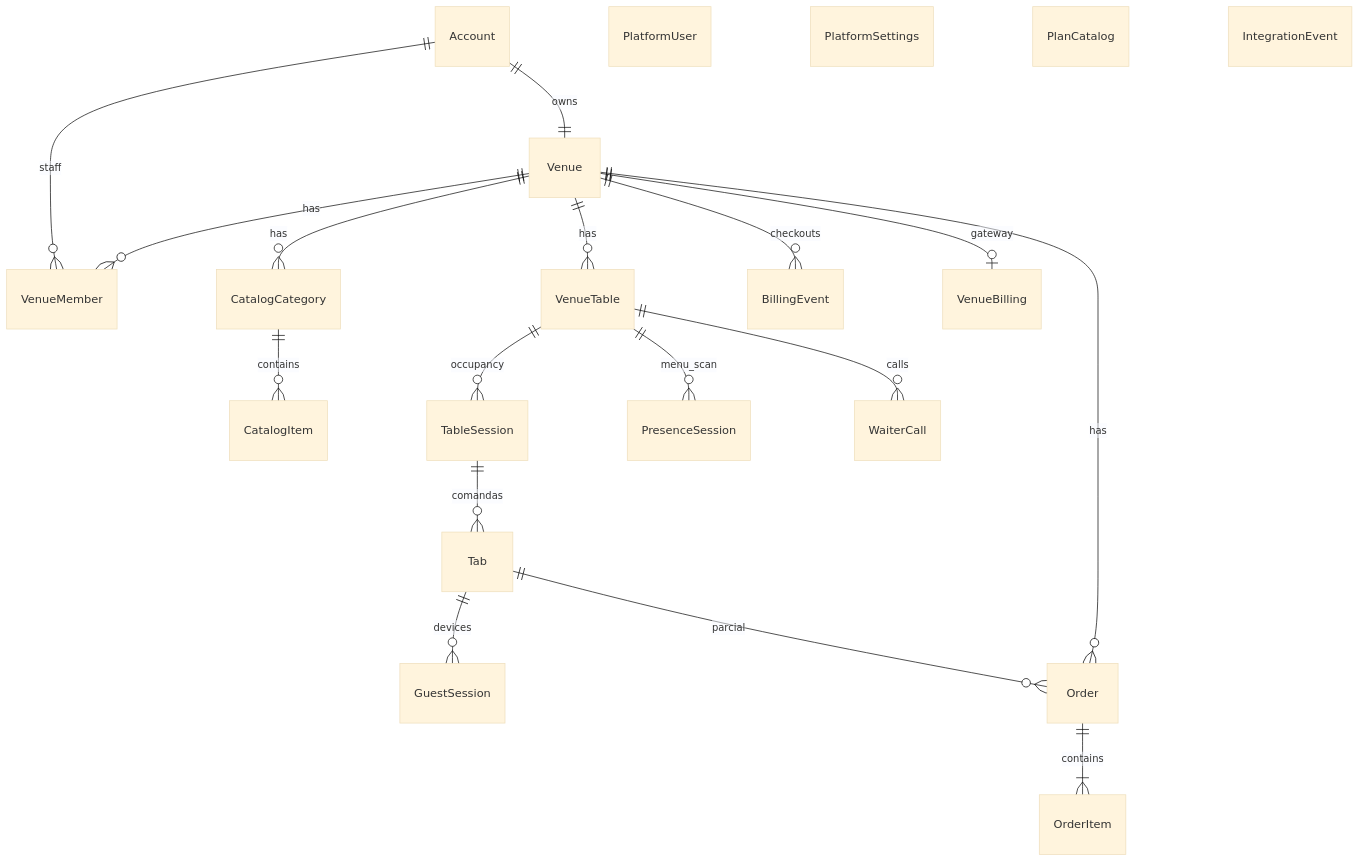
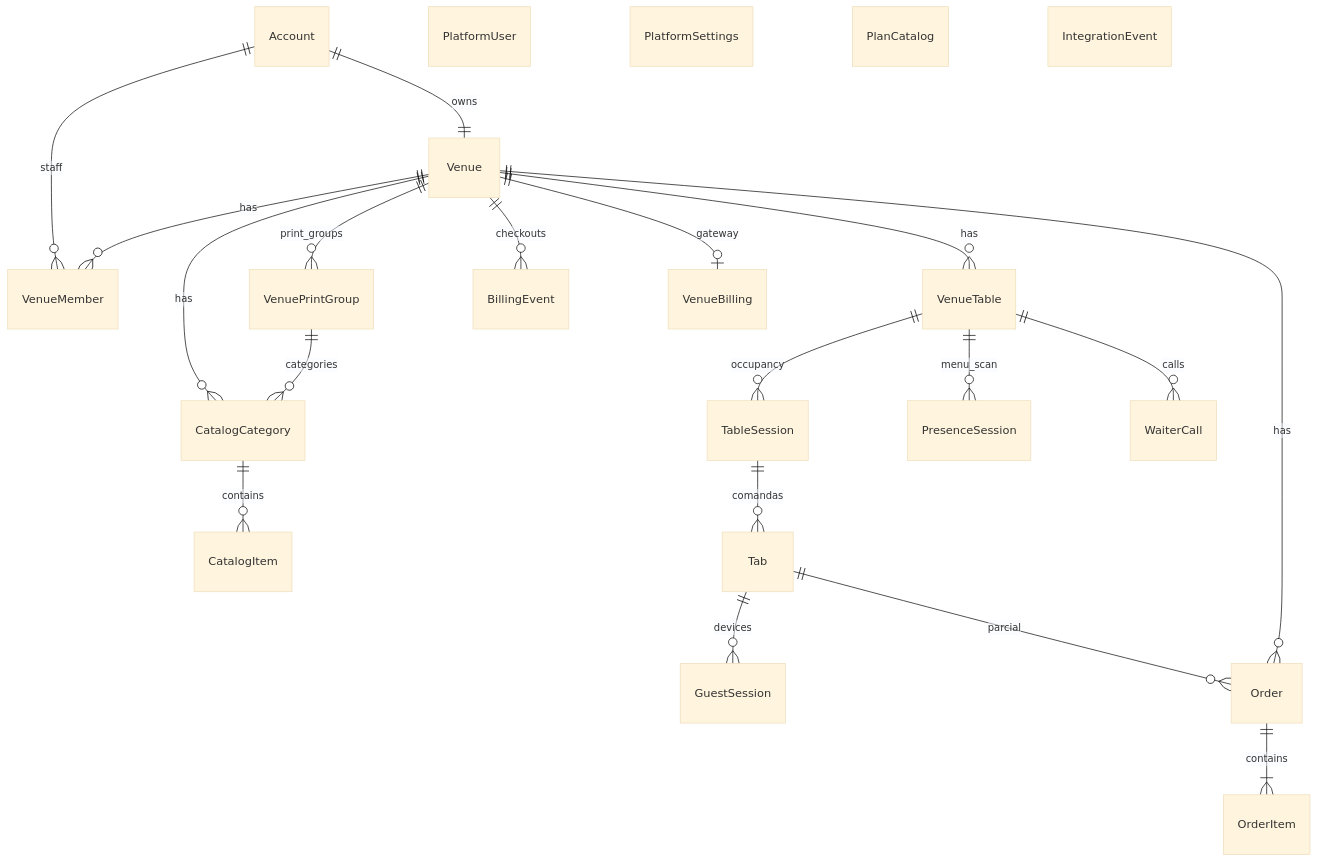
One commit to filiperamosds/eaimesa-frontend changed the diagram in docs/data/schema.md. Above: the diagram before and after it, drawn with Mermaid (base theme). The commit also changed other lines of this file and 22 other files, not shown here.

````diff
--- a/docs/data/schema.md
+++ b/docs/data/schema.md
@@ -262,23 +271,25 @@
 ```mermaid
 erDiagram
   Account ||--|| Venue : owns
   Account ||--o{ VenueMember : staff
   Venue ||--o{ VenueMember : has
   Venue ||--o{ CatalogCategory : has
+  Venue ||--o{ VenuePrintGroup : print_groups
+  VenuePrintGroup ||--o{ CatalogCategory : categories
   CatalogCategory ||--o{ CatalogItem : contains
   Venue ||--o{ VenueTable : has
   VenueTable ||--o{ TableSession : occupancy
   VenueTable ||--o{ PresenceSession : menu_scan
   VenueTable ||--o{ WaiterCall : calls
   TableSession ||--o{ Tab : comandas
   Tab ||--o{ GuestSession : devices
   Tab ||--o{ Order : parcial
   Venue ||--o{ Order : has
   Venue ||--o{ BillingEvent : checkouts
   Venue ||--o| VenueBilling : gateway
   Order ||--|{ OrderItem : contains
   PlatformUser
   PlatformSettings
   PlanCatalog
   IntegrationEvent
 ```
````
